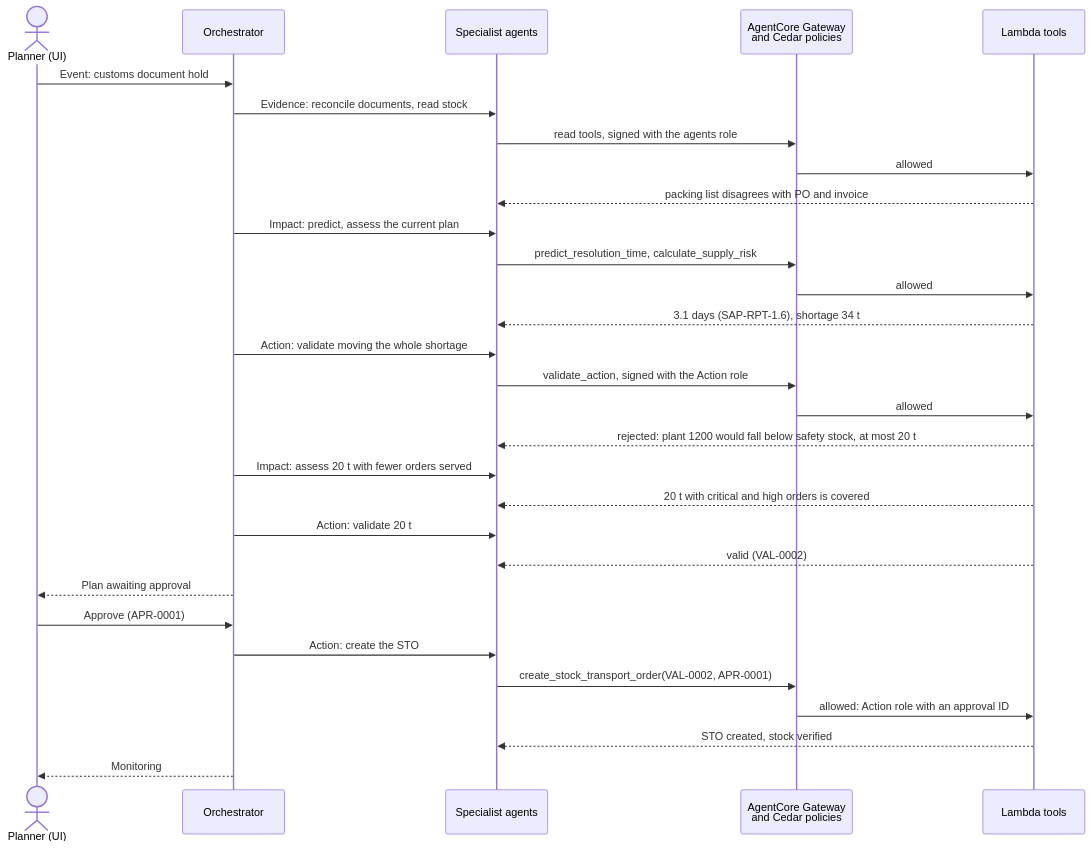
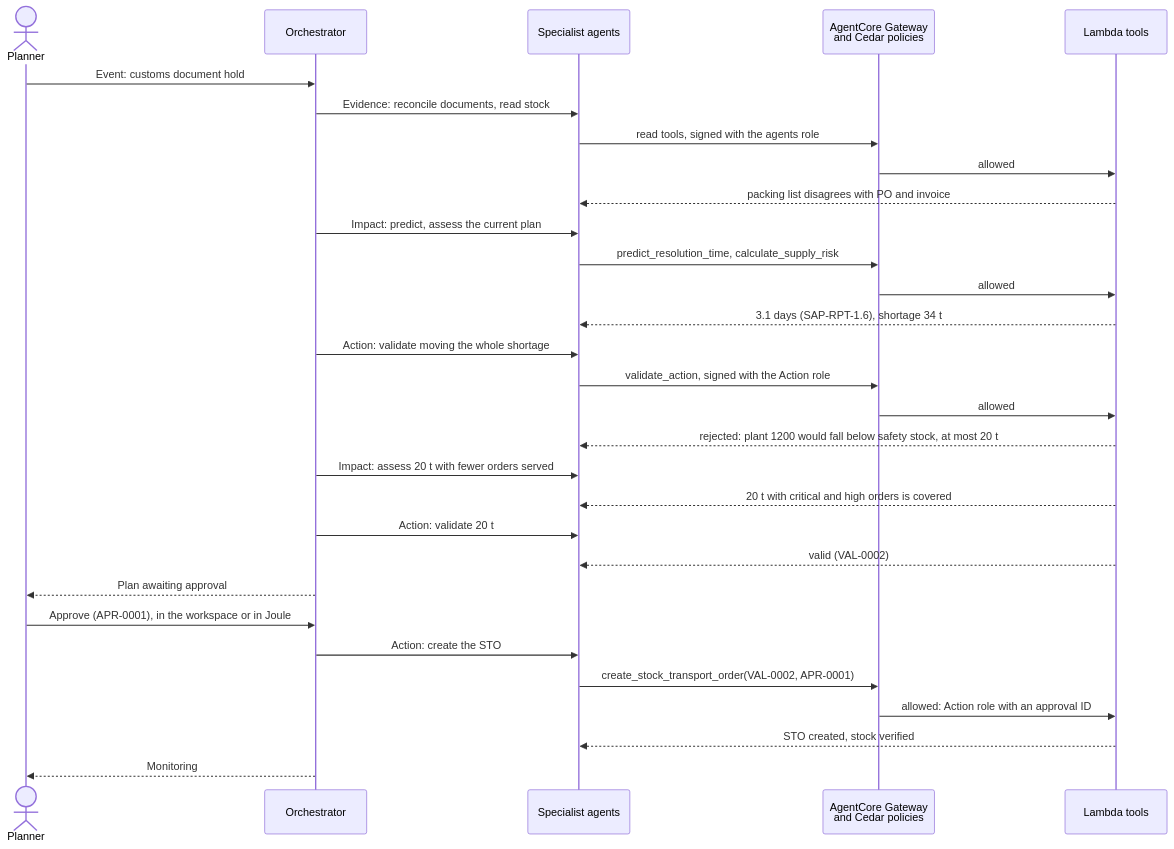
One commit to KrisnaPutraP/clear changed the third of 4 diagrams in docs/architecture.md. Above: the diagram before and after it, drawn with Mermaid. The commit also changed other lines of this file and 6 other files, not shown here.

First line of the commit message:
Describe the workspace and the SAP Joule front door across the docs

````diff
--- a/docs/architecture.md
+++ b/docs/architecture.md
@@ -85,32 +115,32 @@
 ```mermaid
 sequenceDiagram
-    actor P as Planner (UI)
+    actor P as Planner
     participant O as Orchestrator
     participant S as Specialist agents
     participant G as AgentCore Gateway<br/>and Cedar policies
     participant T as Lambda tools
     P->>O: Event: customs document hold
     O->>S: Evidence: reconcile documents, read stock
     S->>G: read tools, signed with the agents role
     G->>T: allowed
     T-->>S: packing list disagrees with PO and invoice
     O->>S: Impact: predict, assess the current plan
     S->>G: predict_resolution_time, calculate_supply_risk
     G->>T: allowed
     T-->>S: 3.1 days (SAP-RPT-1.6), shortage 34 t
     O->>S: Action: validate moving the whole shortage
     S->>G: validate_action, signed with the Action role
     G->>T: allowed
     T-->>S: rejected: plant 1200 would fall below safety stock, at most 20 t
     O->>S: Impact: assess 20 t with fewer orders served
     T-->>S: 20 t with critical and high orders is covered
     O->>S: Action: validate 20 t
     T-->>S: valid (VAL-0002)
     O-->>P: Plan awaiting approval
-    P->>O: Approve (APR-0001)
+    P->>O: Approve (APR-0001), in the workspace or in Joule
     O->>S: Action: create the STO
     S->>G: create_stock_transport_order(VAL-0002, APR-0001)
     G->>T: allowed: Action role with an approval ID
     T-->>S: STO created, stock verified
     O-->>P: Monitoring
 ```
````
